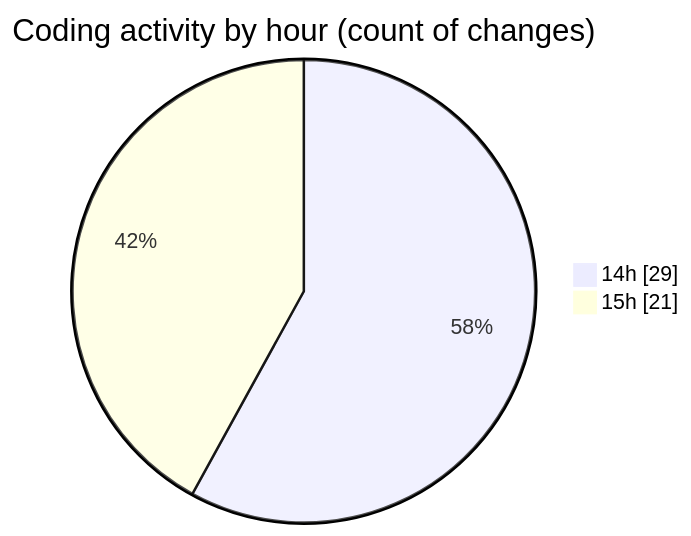
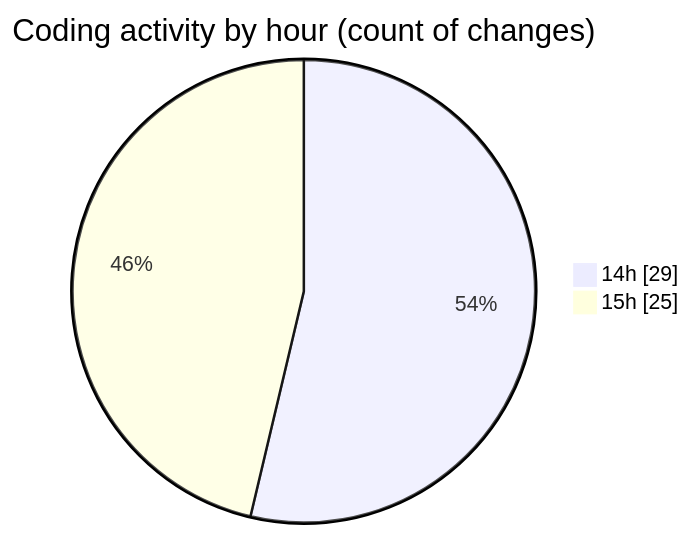
One commit to CELIANVF/code-tracking changed the second of 2 diagrams in 2025-06-05/ecodeli-1/README.md. Above: the diagram before and after it, drawn with Mermaid. The commit also changed other lines of this file and 1 other file, not shown here.

````diff
--- a/2025-06-05/ecodeli-1/README.md
+++ b/2025-06-05/ecodeli-1/README.md
@@ -50,6 +51,6 @@
 ```mermaid
 pie showData
 title Coding activity by hour (count of changes)
 "14h" : 29
-"15h" : 21
+"15h" : 25
 ```
````
